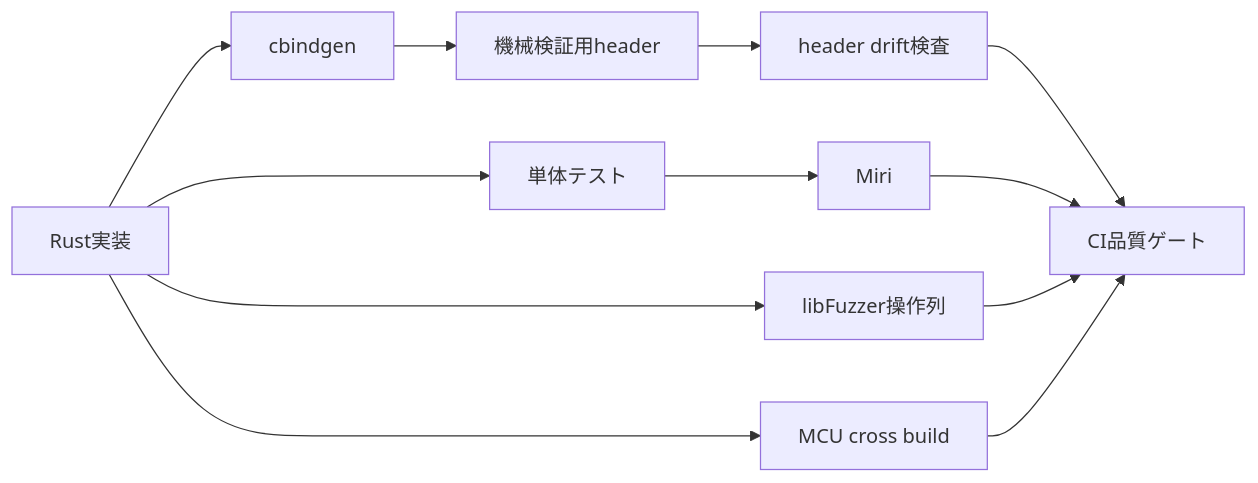
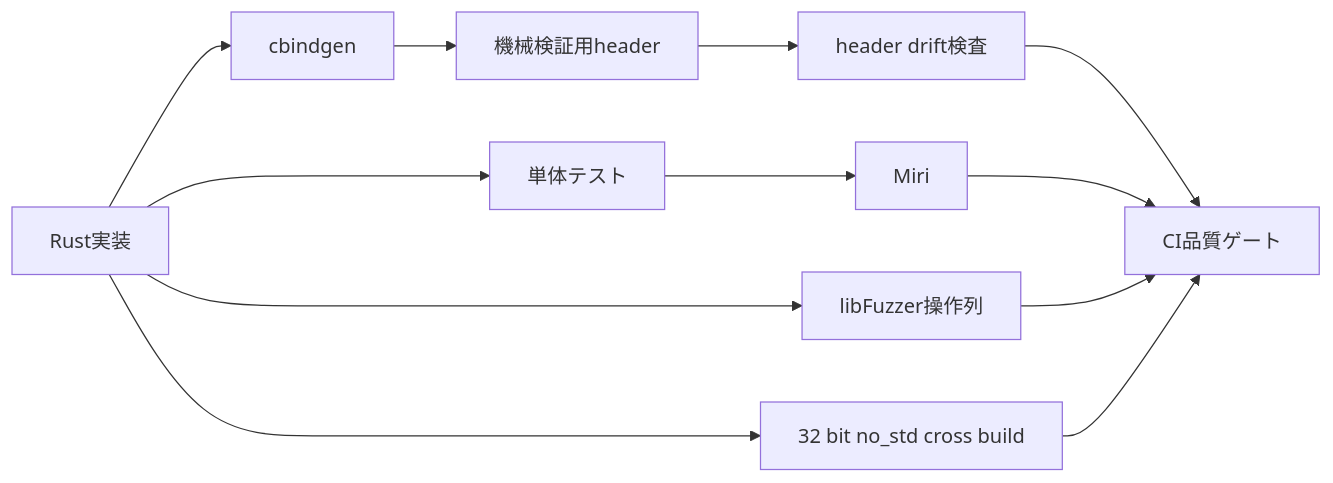
Before and after one commit to kingoro/sample-sandbox: the diagram in memory-buffer/docs/advanced-verification.md, drawn with Mermaid. The commit also changed other lines of this file and 17 other files, not shown here.

````diff
--- a/memory-buffer/docs/advanced-verification.md
+++ b/memory-buffer/docs/advanced-verification.md
@@ -13,17 +13,17 @@
 ```mermaid
 flowchart LR
     Rust[Rust実装] --> CB[cbindgen]
     CB --> GH[機械検証用header]
     GH --> HD[header drift検査]
 
     Rust --> UT[単体テスト]
     UT --> MI[Miri]
 
     Rust --> FZ[libFuzzer操作列]
-    Rust --> MCU[MCU cross build]
+    Rust --> Portable[32 bit no_std cross build]
 
     HD --> CI[CI品質ゲート]
     MI --> CI
     FZ --> CI
-    MCU --> CI
+    Portable --> CI
 ```
````
